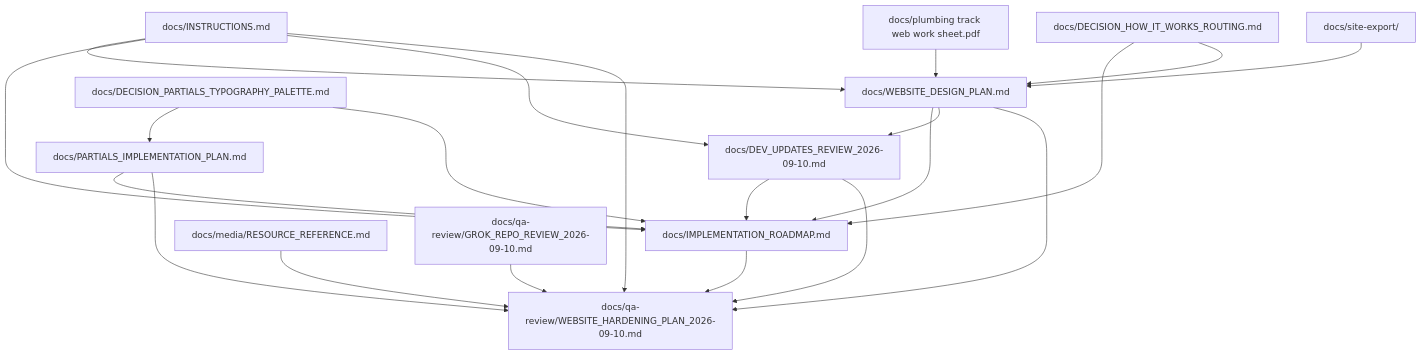
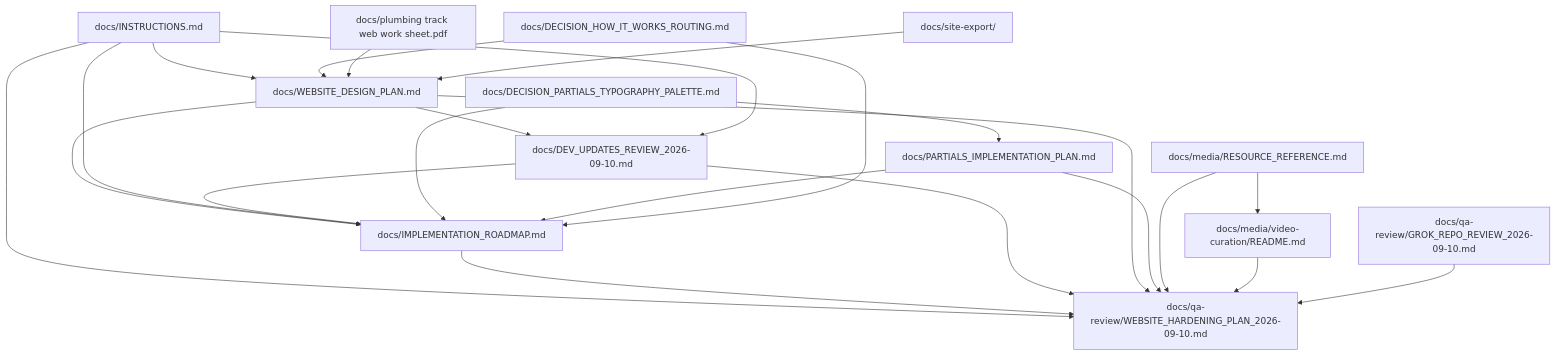
The diagram in docs/INDEX.md (seanbman/pt-site-updates), drawn with Mermaid before and after one commit. The commit also changed other lines of this file, not shown here.

Commit message:
docs: index detailed video curation audit

````diff
--- a/docs/INDEX.md
+++ b/docs/INDEX.md
@@ -24,36 +25,39 @@
 ```mermaid
 flowchart TD
     I[docs/INSTRUCTIONS.md]
     D[docs/WEBSITE_DESIGN_PLAN.md]
     R[docs/IMPLEMENTATION_ROADMAP.md]
     V[docs/DEV_UPDATES_REVIEW_2026-09-10.md]
     P[docs/PARTIALS_IMPLEMENTATION_PLAN.md]
     PT[docs/DECISION_PARTIALS_TYPOGRAPHY_PALETTE.md]
     H[docs/DECISION_HOW_IT_WORKS_ROUTING.md]
     M[docs/media/RESOURCE_REFERENCE.md]
+    MV[docs/media/video-curation/README.md]
     G[docs/qa-review/GROK_REPO_REVIEW_2026-09-10.md]
     Q[docs/qa-review/WEBSITE_HARDENING_PLAN_2026-09-10.md]
     W[docs/plumbing track web work sheet.pdf]
     S[docs/site-export/]
 
     I --> D
     D --> R
     I --> R
     D --> V
     I --> V
     V --> R
     PT --> P
     PT --> R
     P --> R
     H --> R
     H --> D
     W --> D
     S --> D
     I --> Q
     R --> Q
     V --> Q
     D --> Q
     P --> Q
     M --> Q
+    M --> MV
+    MV --> Q
     G --> Q
 ```
````
